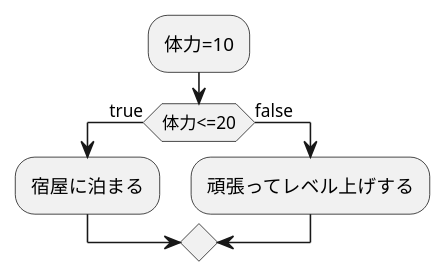
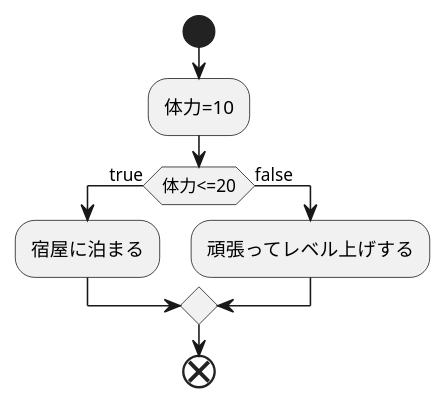
The diagram in kadai2.md (Aso2001011/2021sys-design), drawn with PlantUML before and after one commit.

````diff
--- a/kadai2.md
+++ b/kadai2.md
@@ -1,10 +1,12 @@
 ```uml
 @startuml
+start
 :体力=10;
 if(体力<=20)then(true)
 :宿屋に泊まる;
 else (false)
 :頑張ってレベル上げする;
 endif
+end
 @enduml
 ```
````
